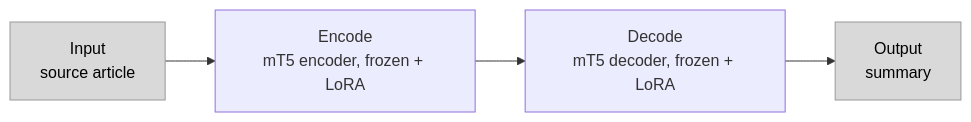
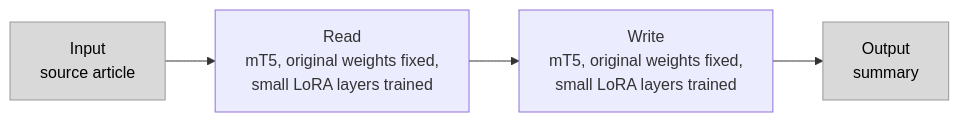
The fourth of 5 diagrams in README.md (FatemaKotb/Comparing-Summarization-Models-on-CNN-DailyMail), drawn with Mermaid before and after one commit. The commit also changed other lines of this file, not shown here.

````diff
--- a/README.md
+++ b/README.md
@@ -124,8 +125,8 @@
 ```mermaid
 flowchart LR
-    I[Input<br/>source article] --> E[Encode<br/>mT5 encoder, frozen + LoRA]
-    E --> D[Decode<br/>mT5 decoder, frozen + LoRA]
+    I[Input<br/>source article] --> E[Read<br/>mT5, original weights fixed,<br/>small LoRA layers trained]
+    E --> D[Write<br/>mT5, original weights fixed,<br/>small LoRA layers trained]
     D --> O[Output<br/>summary]
     classDef io fill:#d9d9d9,stroke:#999999,color:#000000
     class I,O io
 ```
````
